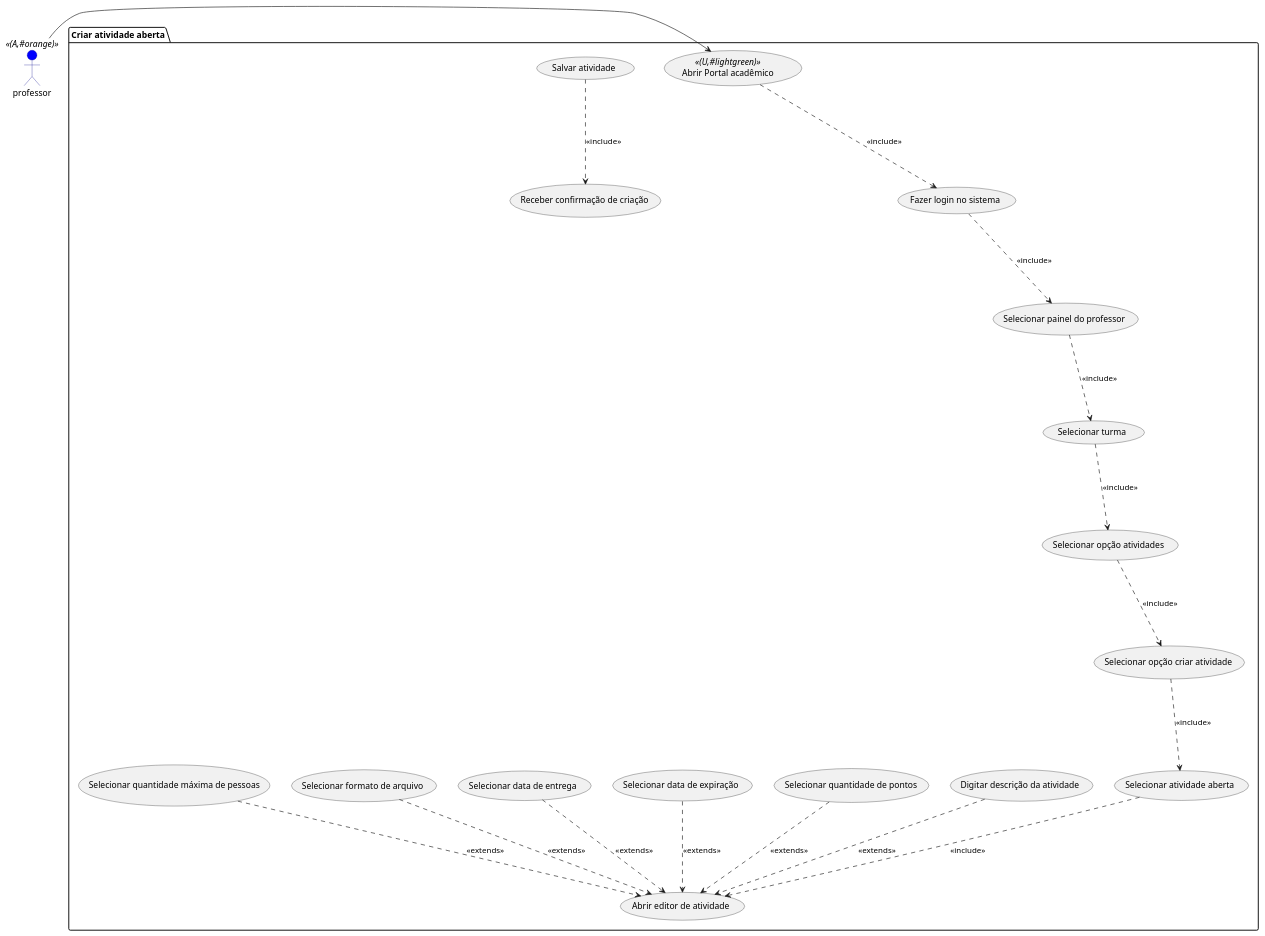
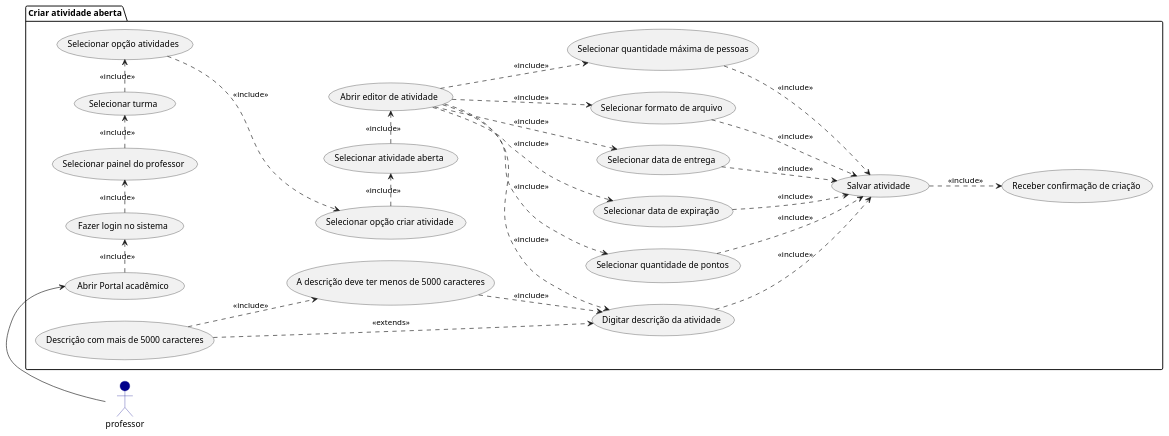
One commit to GMNDS/academy changed the diagram in docs/Diagramas/Professor/cria_atividade_aberta.plantuml. Above: the diagram before and after it, drawn with PlantUML.

Commit message:
Atualiza cria_atividade_aberta.plantuml

```diff
--- a/docs/Diagramas/Professor/cria_atividade_aberta.plantuml
+++ b/docs/Diagramas/Professor/cria_atividade_aberta.plantuml
@@ -1,41 +1,62 @@
-@startuml Criar atividade aberta
-skinparam actorBackgroundColor #blue
+@startuml
+skinparam actorBackgroundColor #darkblue
 skinparam actorBorderColor #darkblue
-actor professor << (A,#orange) >>
+left to right direction
+
+actor professor
 
 package "Criar atividade aberta" {
-    usecase "Abrir Portal acadêmico" as CAA1 << (U,#lightgreen) >>
+    usecase "Abrir Portal acadêmico" as CAA1
     usecase "Fazer login no sistema" as CAA2
     usecase "Selecionar painel do professor" as CAA3 
     usecase "Selecionar turma" as CAA4
     usecase "Selecionar opção atividades" as CAA5
     usecase "Selecionar opção criar atividade" as CAA6
     usecase "Selecionar atividade aberta" as CAA7
     usecase "Abrir editor de atividade" as CAA8
     usecase "Digitar descrição da atividade" as CAA9
     usecase "Selecionar quantidade de pontos" as CAA10
     usecase "Selecionar data de expiração" as CAA11
     usecase "Selecionar data de entrega" as CAA12
     usecase "Selecionar formato de arquivo" as CAA13
     usecase "Selecionar quantidade máxima de pessoas" as CAA14
     usecase "Salvar atividade" as CAA15
     usecase "Receber confirmação de criação" as CAA16
+
+    usecase "Descriçâo com mais de 5000 caracteres" as ECAA9.1
+    usecase "A descrição deve ter menos de 5000 caracteres" as ECAA9.2
+
+
+
+
 }
 
 professor -> CAA1
-CAA1 --.> CAA2 : <<include>>
-CAA2 --.> CAA3 : <<include>>
-CAA3 --.> CAA4 : <<include>>
-CAA4 --.> CAA5 : <<include>>
-CAA5 --.> CAA6 : <<include>>
-CAA6 --.> CAA7 : <<include>>
-CAA7 --.> CAA8 : <<include>>
-CAA9 --.> CAA8 : <<extends>>
-CAA10 --.> CAA8 : <<extends>>
-CAA11 --.> CAA8 : <<extends>>
-CAA12 --.> CAA8 : <<extends>>
-CAA13 --.> CAA8 : <<extends>>
-CAA14 --.> CAA8 : <<extends>>
-CAA15 --.> CAA16 : <<include>>
+CAA1 -right.> CAA2 : <<include>>
+CAA2 -right.> CAA3 : <<include>>
+CAA3 -right.> CAA4 : <<include>>
+CAA4 -right.> CAA5 : <<include>>
+CAA5 -down.> CAA6 : <<include>>
+CAA6 -right.> CAA7 : <<include>>
+CAA7 -right.> CAA8 : <<include>>
+CAA8 -.> CAA9  : <<include>>
+CAA8 -.> CAA10 : <<include>>
+CAA8 -.> CAA11 : <<include>>
+CAA8 -.> CAA12 : <<include>>
+CAA8 -.> CAA13 : <<include>>
+CAA8 -.> CAA14 : <<include>>
 
+ECAA9.1 -.> CAA9 : <<extends>>
+ECAA9.1 -.> ECAA9.2 : <<include>>
+ECAA9.2 -.> CAA9 : <<include>>
+
+CAA9 -.> CAA15 : <<include>>
+CAA10 -.> CAA15 : <<include>>
+CAA11 -.> CAA15 : <<include>>
+CAA12 -.> CAA15 : <<include>>
+CAA13 -.> CAA15 : <<include>>
+CAA14 -.> CAA15 : <<include>>
+
+
+CAA15 -.> CAA16 : <<include>>
 @enduml
```
